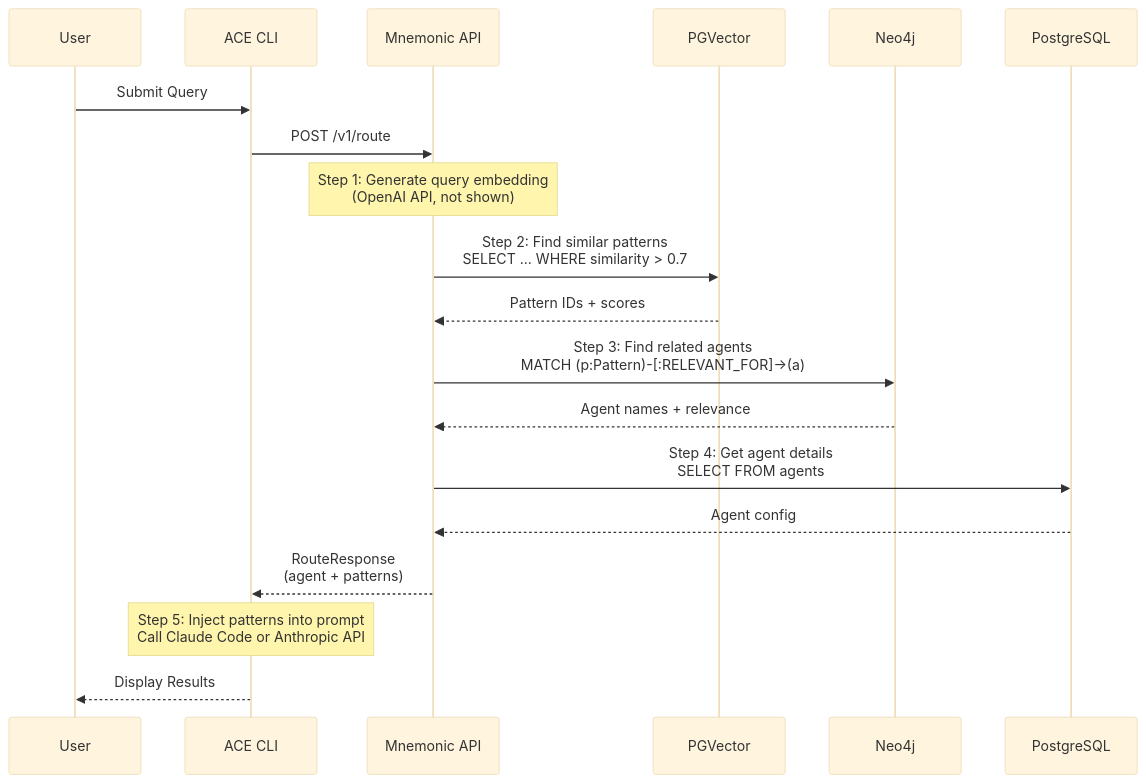
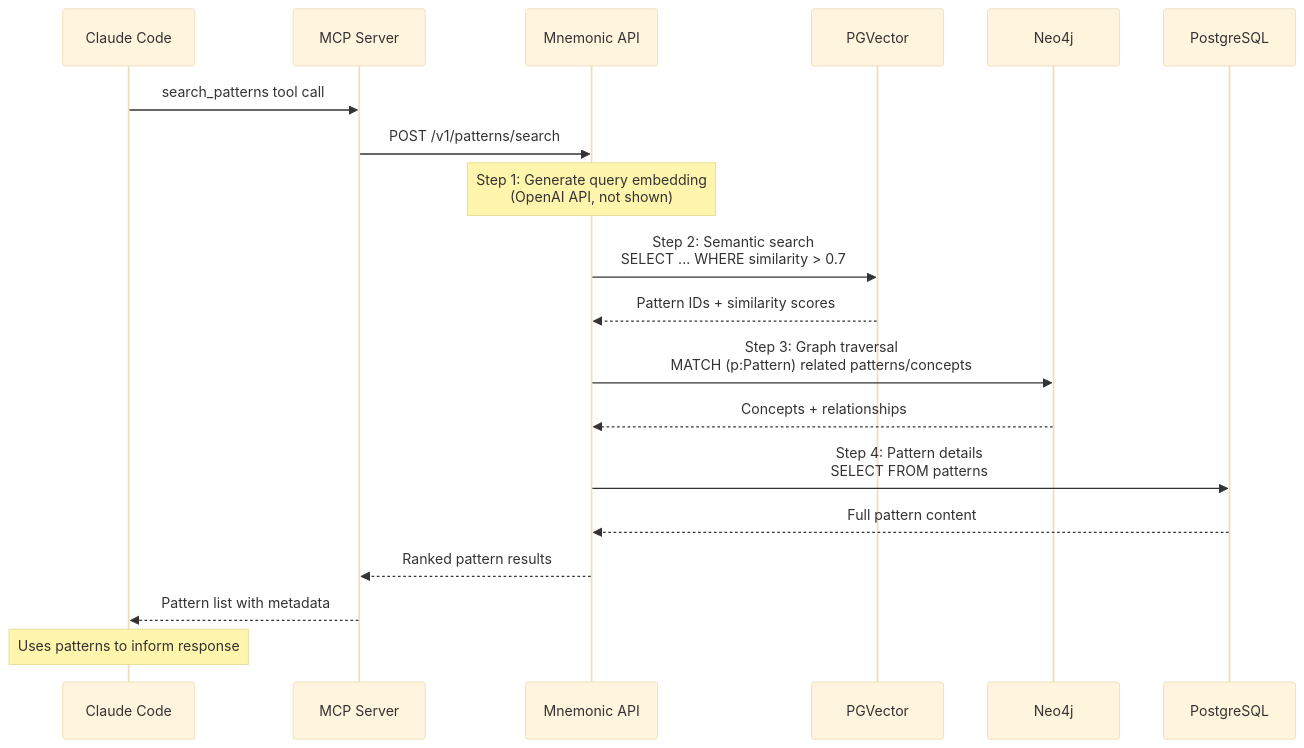
One commit to twistingmercury/mnemonic-mcp changed the fourth of 4 diagrams in docs/architecture/database-integration-flow.md. Above: the diagram before and after it, drawn with Mermaid (base theme). The commit also changed other lines of this file and 63 other files, not shown here.

````diff
--- a/docs/architecture/database-integration-flow.md
+++ b/docs/architecture/database-integration-flow.md
@@ -580,29 +510,28 @@
 ```mermaid
 sequenceDiagram
-    participant User
-    participant ACE as ACE CLI
+    participant CC as Claude Code
+    participant MCP as MCP Server
     participant API as Mnemonic API
     participant PGV as PGVector
     participant Neo as Neo4j
     participant PG as PostgreSQL
 
-    User->>ACE: Submit Query
-    ACE->>API: POST /v1/route
+    CC->>MCP: search_patterns tool call
+    MCP->>API: POST /v1/patterns/search
 
     Note over API: Step 1: Generate query embedding<br/>(OpenAI API, not shown)
 
-    API->>PGV: Step 2: Find similar patterns<br/>SELECT ... WHERE similarity > 0.7
-    PGV-->>API: Pattern IDs + scores
+    API->>PGV: Step 2: Semantic search<br/>SELECT ... WHERE similarity > 0.7
+    PGV-->>API: Pattern IDs + similarity scores
 
-    API->>Neo: Step 3: Find related agents<br/>MATCH (p:Pattern)-[:RELEVANT_FOR]->(a)
-    Neo-->>API: Agent names + relevance
+    API->>Neo: Step 3: Graph traversal<br/>MATCH (p:Pattern) related patterns/concepts
+    Neo-->>API: Concepts + relationships
 
-    API->>PG: Step 4: Get agent details<br/>SELECT FROM agents
-    PG-->>API: Agent config
+    API->>PG: Step 4: Pattern details<br/>SELECT FROM patterns
+    PG-->>API: Full pattern content
 
-    API-->>ACE: RouteResponse<br/>(agent + patterns)
+    API-->>MCP: Ranked pattern results
+    MCP-->>CC: Pattern list with metadata
 
-    Note over ACE: Step 5: Inject patterns into prompt<br/>Call Claude Code or Anthropic API
-
-    ACE-->>User: Display Results
+    Note over CC: Uses patterns to inform response
 ```
````
